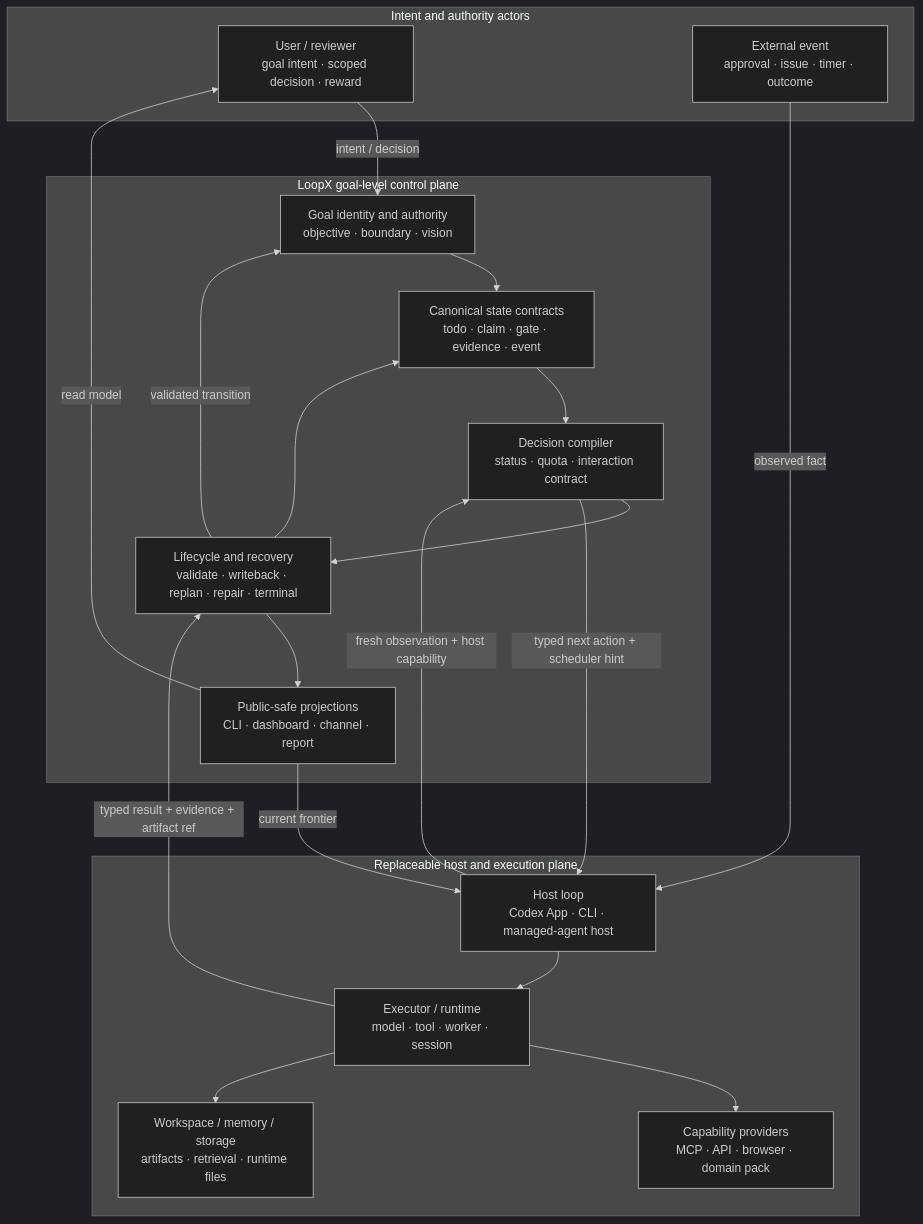
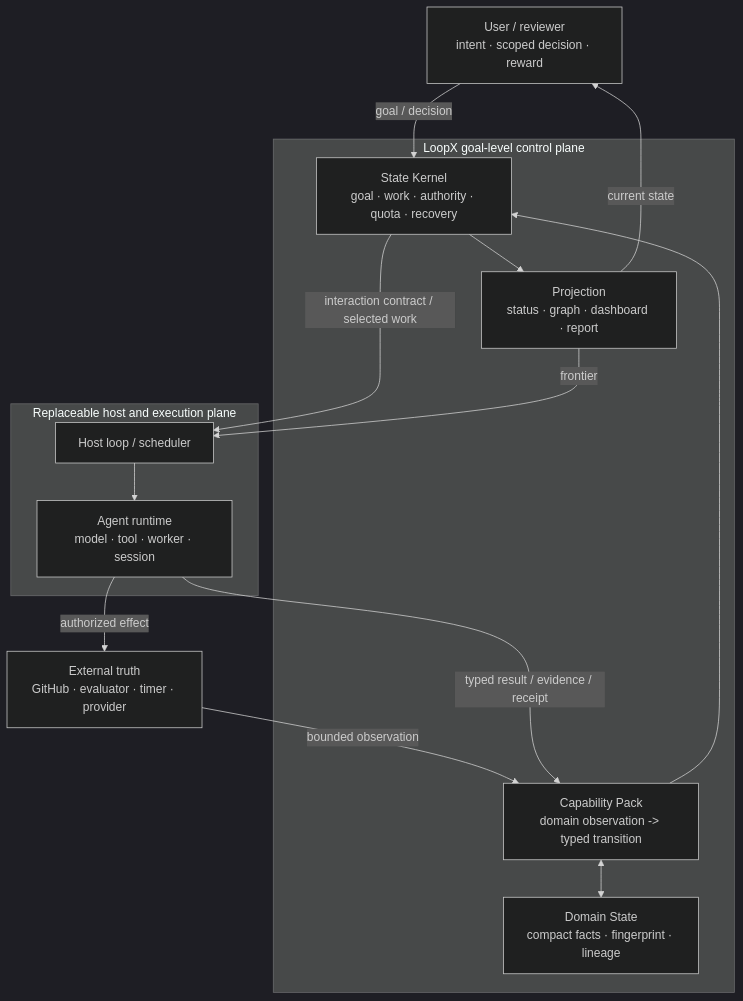
One commit to liubf21/loopx changed the third of 5 diagrams in docs/development/control-plane-course/00-goal-control-plane-architecture.md. Above: the diagram before and after it, drawn with Mermaid (dark theme). The commit also changed other lines of this file and 10 other files, not shown here.

Commit message:
Refine control-plane course around product showcases (#2417)

````diff
--- a/docs/development/control-plane-course/00-goal-control-plane-architecture.md
+++ b/docs/development/control-plane-course/00-goal-control-plane-architecture.md
@@ -34,36 +205,29 @@
 ```mermaid
 flowchart TB
-  subgraph ACTOR["Intent and authority actors"]
-    U["User / reviewer<br/>goal intent · scoped decision · reward"]
-    X["External event<br/>approval · issue · timer · outcome"]
+  U["User / reviewer<br/>intent · scoped decision · reward"]
+  X["External truth<br/>GitHub · evaluator · timer · provider"]
+
+  subgraph LX["LoopX goal-level control plane"]
+    K["State Kernel<br/>goal · work · authority · quota · recovery"]
+    C["Capability Pack<br/>domain observation -> typed transition"]
+    D["Domain State<br/>compact facts · fingerprint · lineage"]
+    V["Projection<br/>status · graph · dashboard · report"]
+    C <--> D
+    C --> K
+    K --> V
   end
 
-  subgraph HOST["Replaceable host and execution plane"]
-    H["Host loop<br/>Codex App · CLI · managed-agent host"]
-    R["Executor / runtime<br/>model · tool · worker · session"]
-    C["Capability providers<br/>MCP · API · browser · domain pack"]
-    W["Workspace / memory / storage<br/>artifacts · retrieval · runtime files"]
+  subgraph EX["Replaceable host and execution plane"]
+    H["Host loop / scheduler"]
+    R["Agent runtime<br/>model · tool · worker · session"]
     H --> R
-    R --> C
-    R --> W
   end
 
-  subgraph LX["LoopX goal-level control plane"]
-    G["Goal identity and authority<br/>objective · boundary · vision"]
-    S["Canonical state contracts<br/>todo · claim · gate · evidence · event"]
-    D["Decision compiler<br/>status · quota · interaction contract"]
-    L["Lifecycle and recovery<br/>validate · writeback · replan · repair · terminal"]
-    P["Public-safe projections<br/>CLI · dashboard · channel · report"]
-    G --> S --> D --> L --> P
-    L --> S
-  end
-
-  U -->|"intent / decision"| G
-  X -->|"observed fact"| H
-  H -->|"fresh observation + host capability"| D
-  D -->|"typed next action + scheduler hint"| H
-  R -->|"typed result + evidence + artifact ref"| L
-  L -->|"validated transition"| G
-  P -->|"read model"| U
-  P -->|"current frontier"| H
+  U -->|"goal / decision"| K
+  X -->|"bounded observation"| C
+  K -->|"interaction contract / selected work"| H
+  R -->|"typed result / evidence / receipt"| C
+  R -->|"authorized effect"| X
+  V -->|"current state"| U
+  V -->|"frontier"| H
 ```
````
